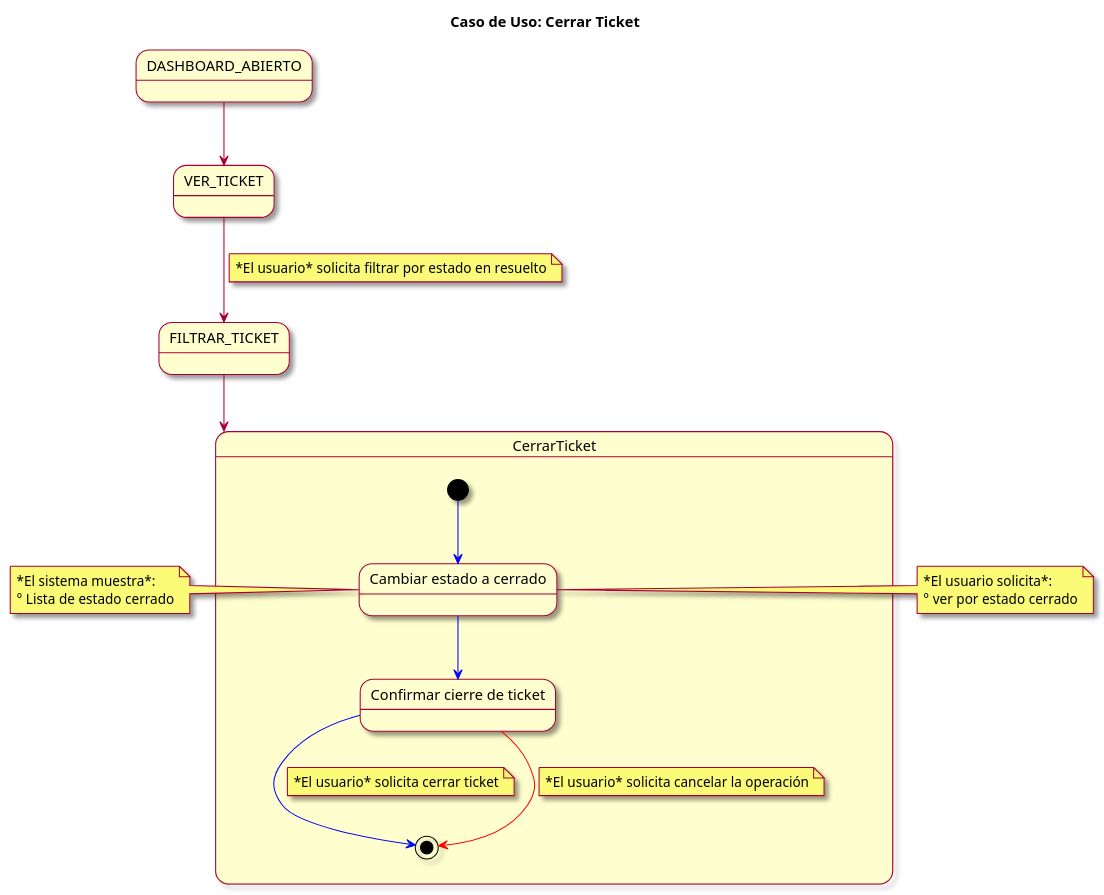
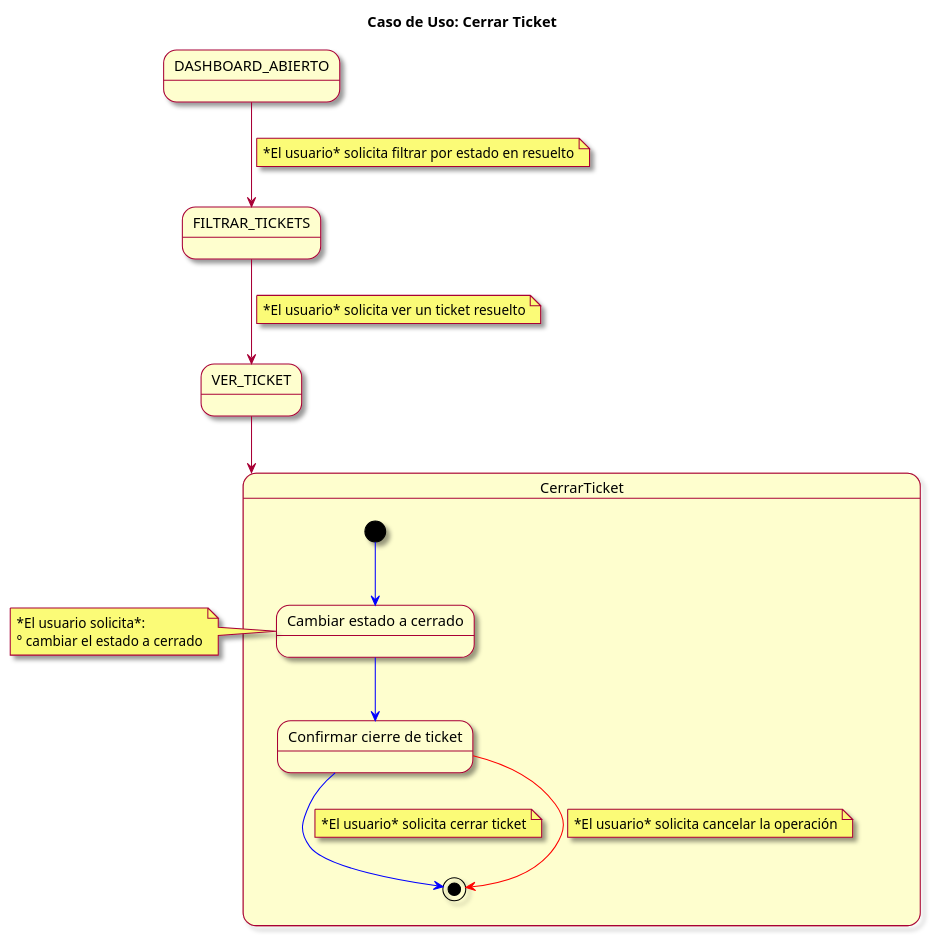
Before and after one commit to mmasias/23-24-IdSw1-SDR: the diagram in modelosUML/CasosDeUsos/CasosDetallados/CerrarTicket.puml, drawn with PlantUML. The commit also changed 2 other files, not shown here.

Commit message:
casos de uso detallado cerrar y comentar ticket

```diff
--- a/modelosUML/CasosDeUsos/CasosDetallados/CerrarTicket.puml
+++ b/modelosUML/CasosDeUsos/CasosDetallados/CerrarTicket.puml
@@ -1,38 +1,35 @@
 @startuml
 skin rose
 title Caso de Uso: Cerrar Ticket
 
 state DASHBOARD_ABIERTO
 state VER_TICKET
-state FILTRAR_TICKET
+state FILTRAR_TICKETS
 
-DASHBOARD_ABIERTO --> VER_TICKET
-VER_TICKET --> FILTRAR_TICKET
+DASHBOARD_ABIERTO --> FILTRAR_TICKETS
 note on link: *El usuario* solicita filtrar por estado en resuelto
-FILTRAR_TICKET --> CerrarTicket
+FILTRAR_TICKETS --> VER_TICKET
+note on link: *El usuario* solicita ver un ticket resuelto
+VER_TICKET --> CerrarTicket
 
 state CerrarTicket {
 
   [*] -[#blue]-> ingresarVerTicket
   state "Cambiar estado a cerrado" as ingresarVerTicket
   ingresarVerTicket -[#blue]-> confirmarCierre
   state "Confirmar cierre de ticket" as confirmarCierre
   confirmarCierre -[#blue]-> [*]
   note on link: *El usuario* solicita cerrar ticket
     
   confirmarCierre -[#red]-> [*]
   note on link: *El usuario* solicita cancelar la operación
     
 }
 
-note left of ingresarVerTicket
-  *El sistema muestra*: 
-  ° Lista de estado cerrado
-end note
 
 note left of ingresarVerTicket
   *El usuario solicita*: 
-  ° ver por estado cerrado
+  ° cambiar el estado a cerrado
 end note
 
 @enduml
```
